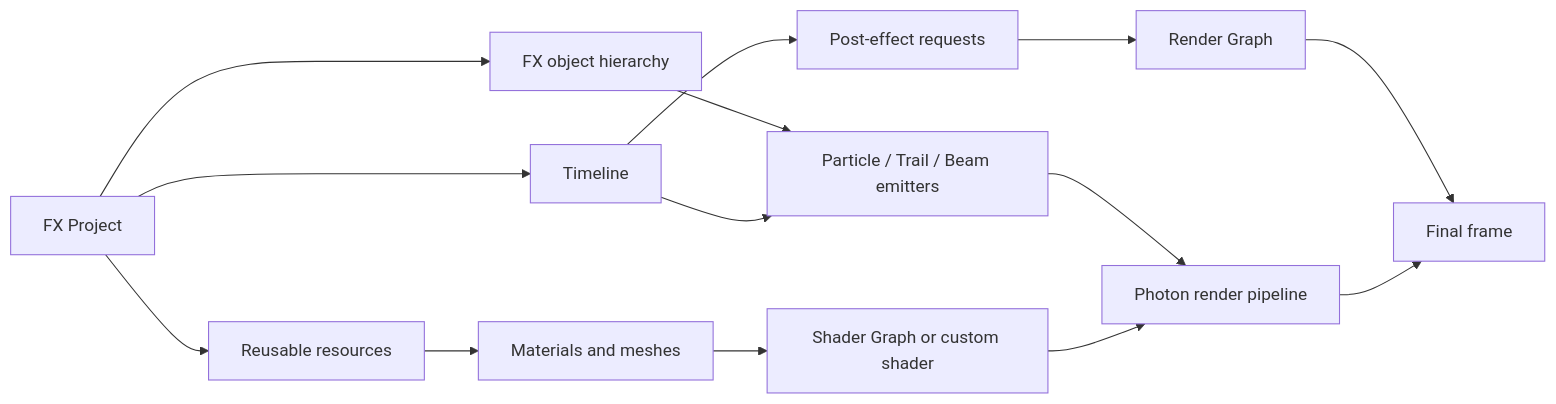
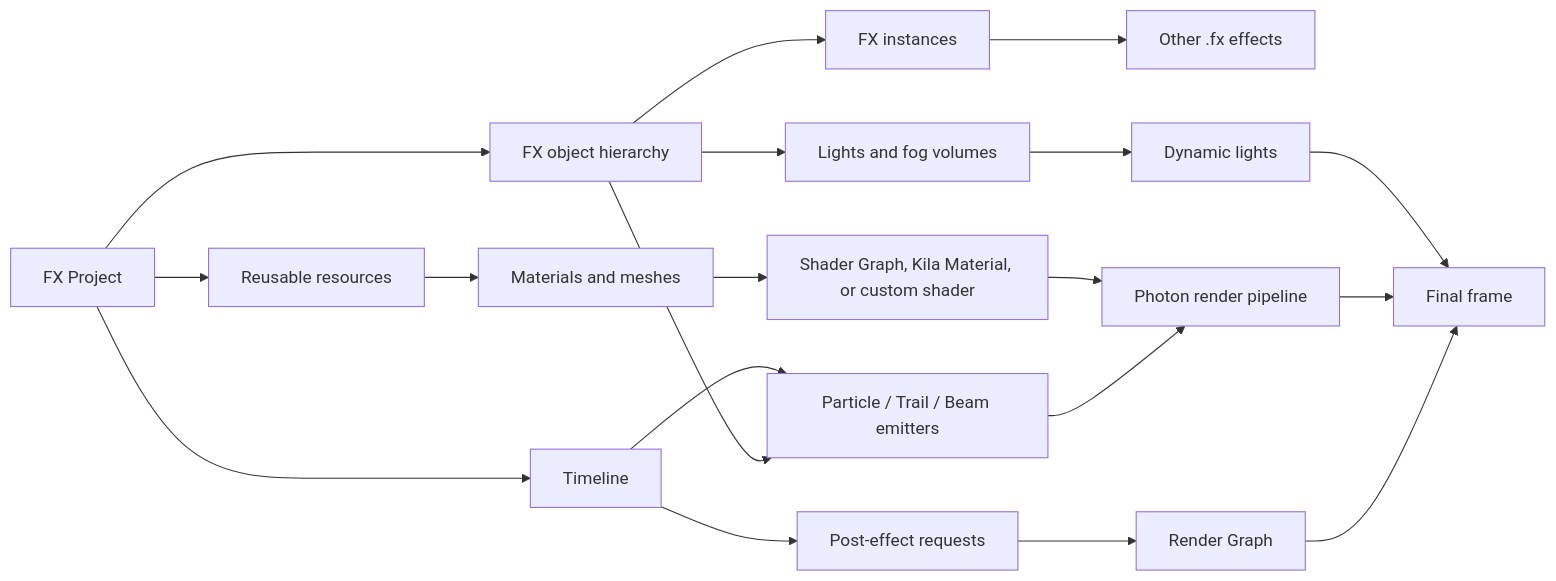
The diagram in docs/en/photon2/index.md (Low-Drag-MC/LowDragMC-Doc), drawn with Mermaid before and after one commit. The commit also changed other lines of this file and 162 other files, not shown here.

````diff
--- a/docs/en/photon2/index.md
+++ b/docs/en/photon2/index.md
@@ -43,16 +45,21 @@
 ```mermaid
 flowchart LR
     P["FX Project"] --> H["FX object hierarchy"]
     P --> R["Reusable resources"]
     P --> T["Timeline"]
     H --> E["Particle / Trail / Beam emitters"]
+    H --> I["FX instances"]
+    I --> F["Other .fx effects"]
+    H --> L["Lights and fog volumes"]
+    L --> D["Dynamic lights"]
     R --> M["Materials and meshes"]
-    M --> S["Shader Graph or custom shader"]
+    M --> S["Shader Graph, Kila Material, or custom shader"]
     E --> G["Photon render pipeline"]
     T --> E
     T --> X["Post-effect requests"]
     X --> Q["Render Graph"]
     S --> G
     Q --> O["Final frame"]
     G --> O
+    D --> O
 ```
````
